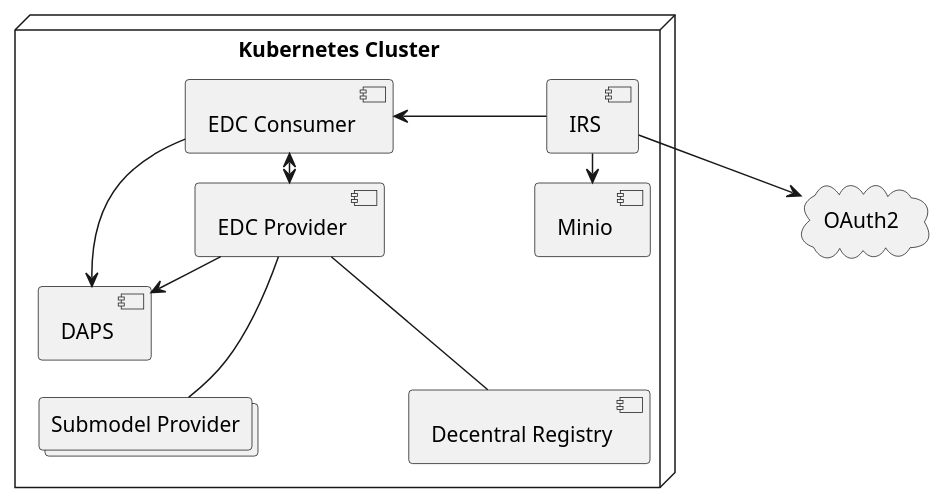
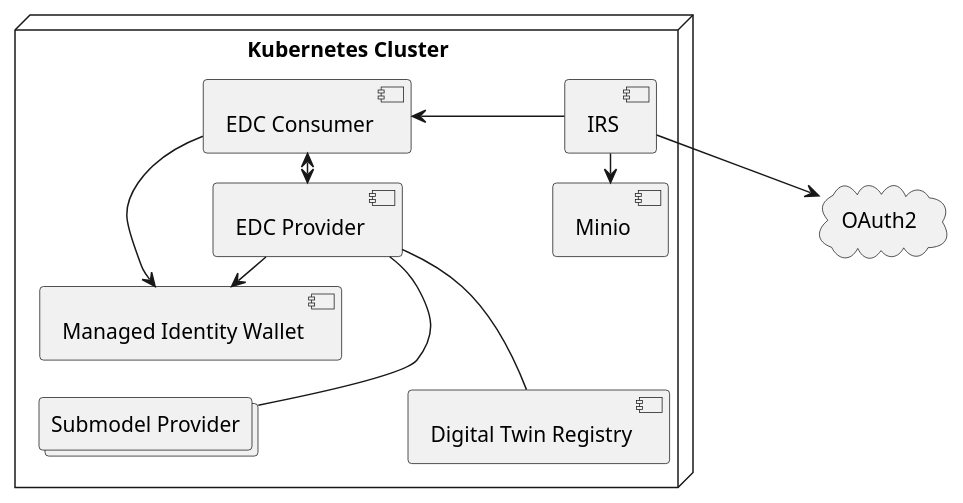
One commit to eclipse-tractusx/item-relationship-service changed the diagram in docs/src/uml-diagrams/deployment-view/level-0-dev.puml. Above: the diagram before and after it, drawn with PlantUML. The commit also changed 6 other files, not shown here.

```diff
--- a/docs/src/uml-diagrams/deployment-view/level-0-dev.puml
+++ b/docs/src/uml-diagrams/deployment-view/level-0-dev.puml
@@ -1,33 +1,33 @@
 @startuml
 skinparam monochrome true
 skinparam shadowing false
 skinparam nodesep 100
 skinparam ranksep 20
 skinparam defaultFontName "Architects daughter"
 
 cloud OAuth2
 
 node "Kubernetes Cluster" as k8s {
 
     component IRS
     component Minio
-    component "Decentral Registry" as dtr
+    component "Digital Twin Registry" as dtr
     component "EDC Consumer" as consumer
     component "EDC Provider" as provider
-    component "DAPS" as daps
+    component "Managed Identity Wallet" as miw
     collections "Submodel Provider" as submodel
 
 
     IRS --> Minio
     IRS -> consumer
-    consumer --> daps
-    provider --> daps
+    consumer --> miw
+    provider --> miw
     consumer <--> provider
     provider --- submodel
     provider --- dtr
 
 }
 
 IRS --> OAuth2
 
 @enduml
```
